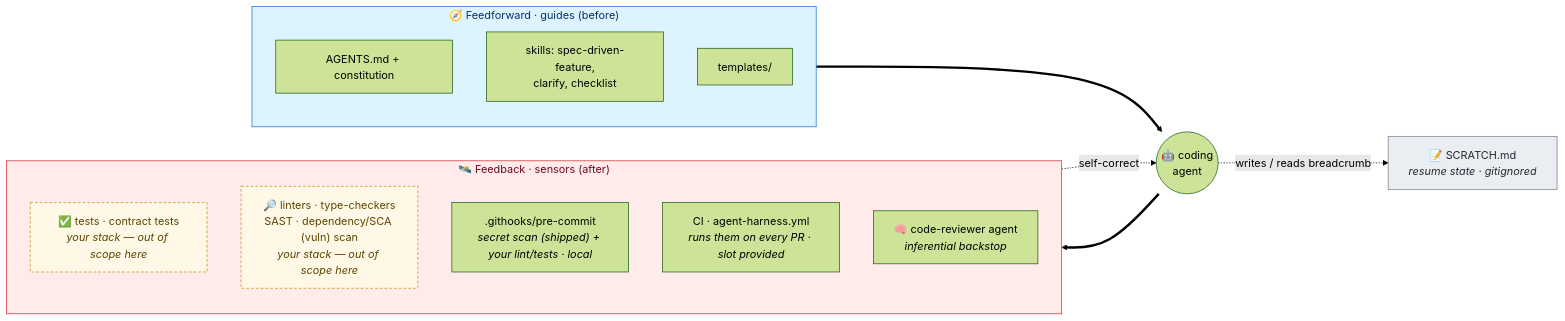
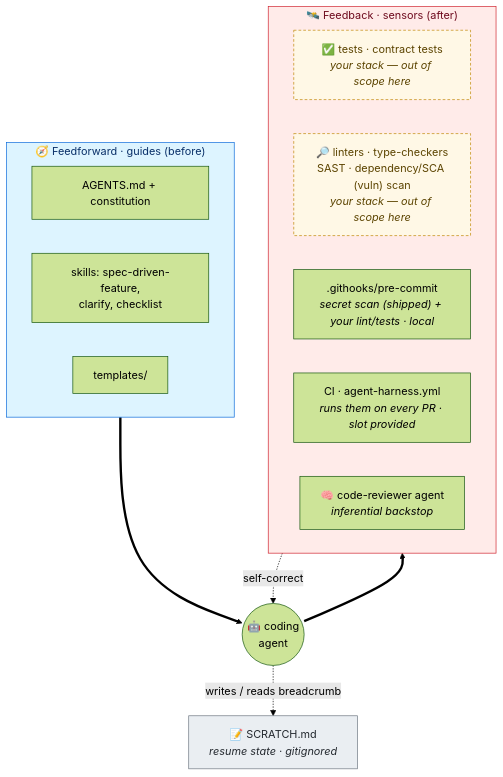
The second of 2 diagrams in README.md (saptarshibasu/spec-driven-development), drawn with Mermaid (forest theme) before and after one commit.

Commit message:
Harness diagram modified

````diff
--- a/README.md
+++ b/README.md
@@ -76,27 +76,27 @@
 ```mermaid
-flowchart LR
+flowchart TB
     subgraph FF["🧭 Feedforward · guides (before)"]
-        direction TB
+        direction LR
         A["AGENTS.md + constitution"]
         SK["skills: spec-driven-feature,<br/>clarify, checklist"]
         TPL["templates/"]
     end
     subgraph FB["🛰️ Feedback · sensors (after)"]
-        direction TB
+        direction LR
         TS["✅ tests · contract tests<br/><i>your stack — out of scope here</i>"]:::byo
         SA["🔎 linters · type-checkers<br/>SAST · dependency/SCA (vuln) scan<br/><i>your stack — out of scope here</i>"]:::byo
         HK[".githooks/pre-commit<br/><i>secret scan (shipped) + your lint/tests · local</i>"]
         CI["CI · agent-harness.yml<br/><i>runs them on every PR · slot provided</i>"]
         AG["🧠 code-reviewer agent<br/><i>inferential backstop</i>"]
     end
     FF ==> AGENT(("🤖 coding<br/>agent")) ==> FB
     FB -. self-correct .-> AGENT
     AGENT -. writes / reads breadcrumb .-> SC["📝 SCRATCH.md<br/><i>resume state · gitignored</i>"]:::cont
 
     classDef ff fill:#ddf4ff,stroke:#0969da,color:#0a3069
     classDef fb fill:#ffebe9,stroke:#cf222e,color:#6e0a1e
     classDef cont fill:#eaeef2,stroke:#6e7781,color:#24292f
     classDef byo fill:#fff8e6,stroke:#bf8700,color:#5c4400,stroke-dasharray:4 3
     class FF ff
     class FB fb
 ```
````
